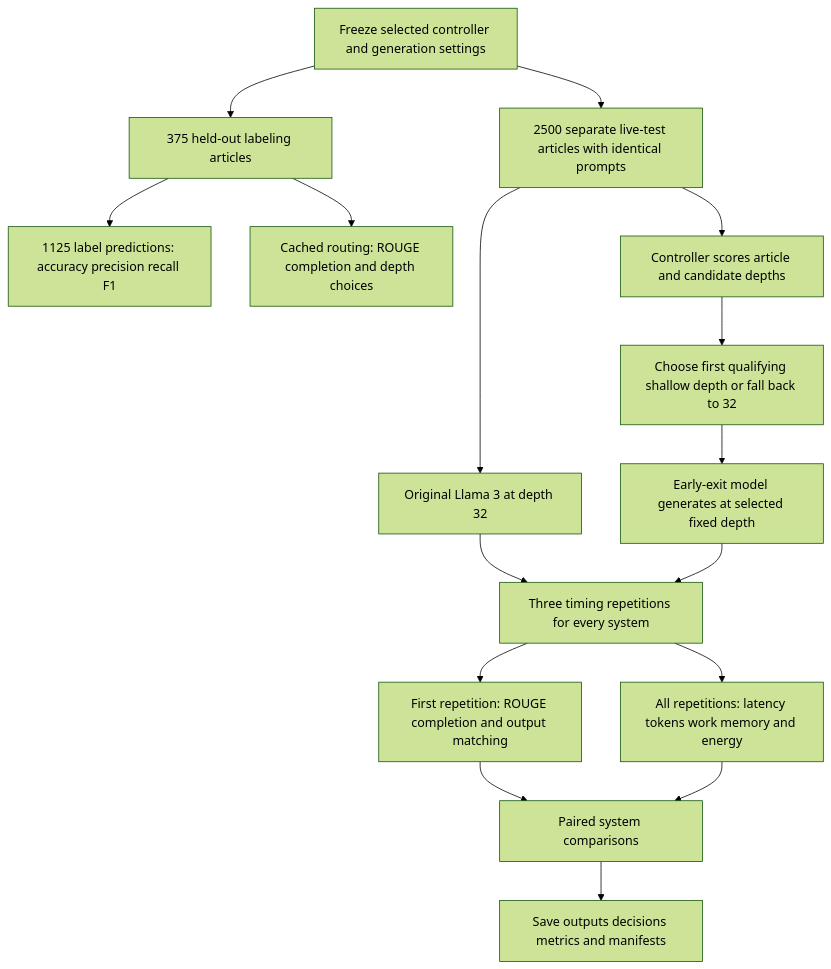
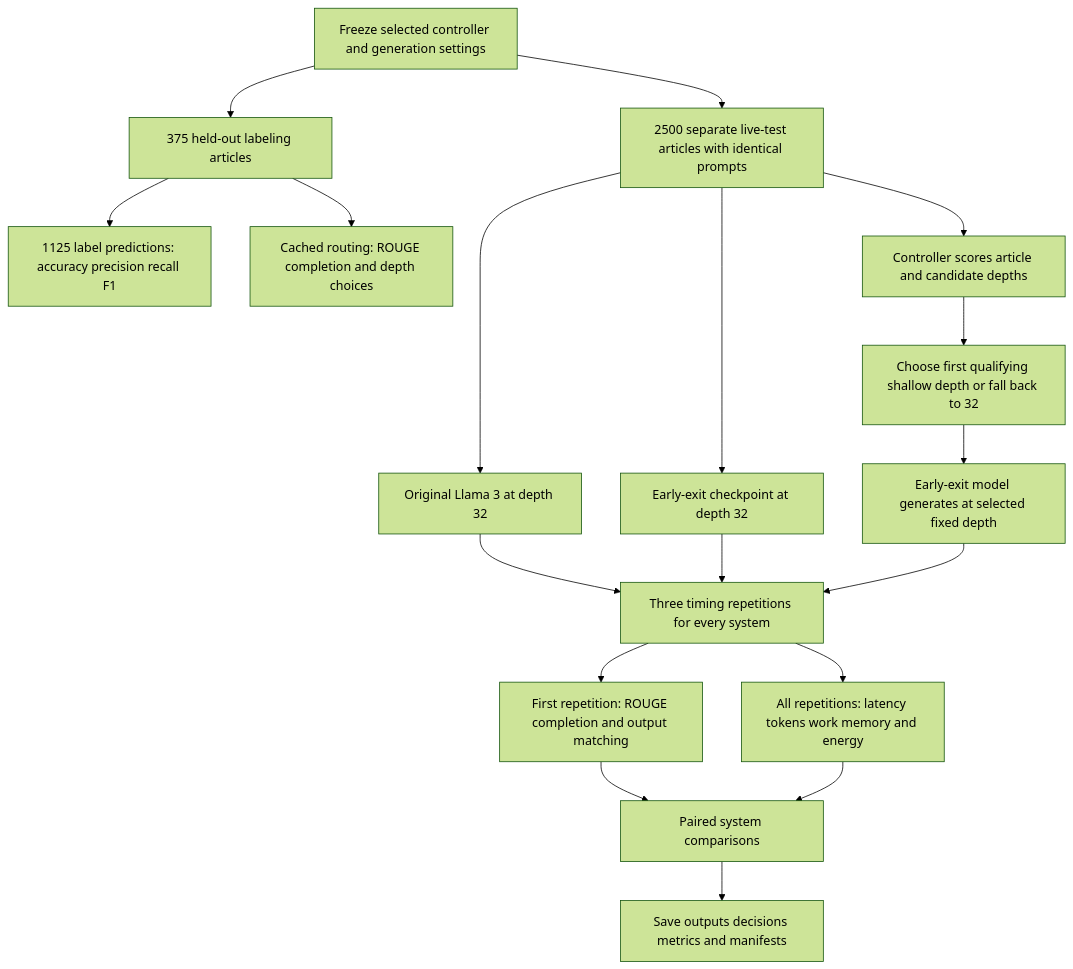
The second of 2 diagrams in research-paper-v6.1/methodology.md (Rami2212/PSSN-LLM-Reasoning), drawn with Mermaid (forest theme) before and after one commit. The commit also changed other lines of this file and 4 other files, not shown here.

````diff
--- a/research-paper-v6.1/methodology.md
+++ b/research-paper-v6.1/methodology.md
@@ -85,18 +86,20 @@
 ```mermaid
 flowchart TD
     A[Freeze selected controller and generation settings] --> B[375 held-out labeling articles]
     B --> C[1125 label predictions: accuracy precision recall F1]
     B --> D[Cached routing: ROUGE completion and depth choices]
     A --> E[2500 separate live-test articles with identical prompts]
     E --> F[Original Llama 3 at depth 32]
+    E --> G[Early-exit checkpoint at depth 32]
     E --> H[Controller scores article and candidate depths]
     H --> I[Choose first qualifying shallow depth or fall back to 32]
     I --> J[Early-exit model generates at selected fixed depth]
     F --> K[Three timing repetitions for every system]
+    G --> K
     J --> K
     K --> L[First repetition: ROUGE completion and output matching]
     K --> M[All repetitions: latency tokens work memory and energy]
     L --> N[Paired system comparisons]
     M --> N
     N --> O[Save outputs decisions metrics and manifests]
 ```
````
